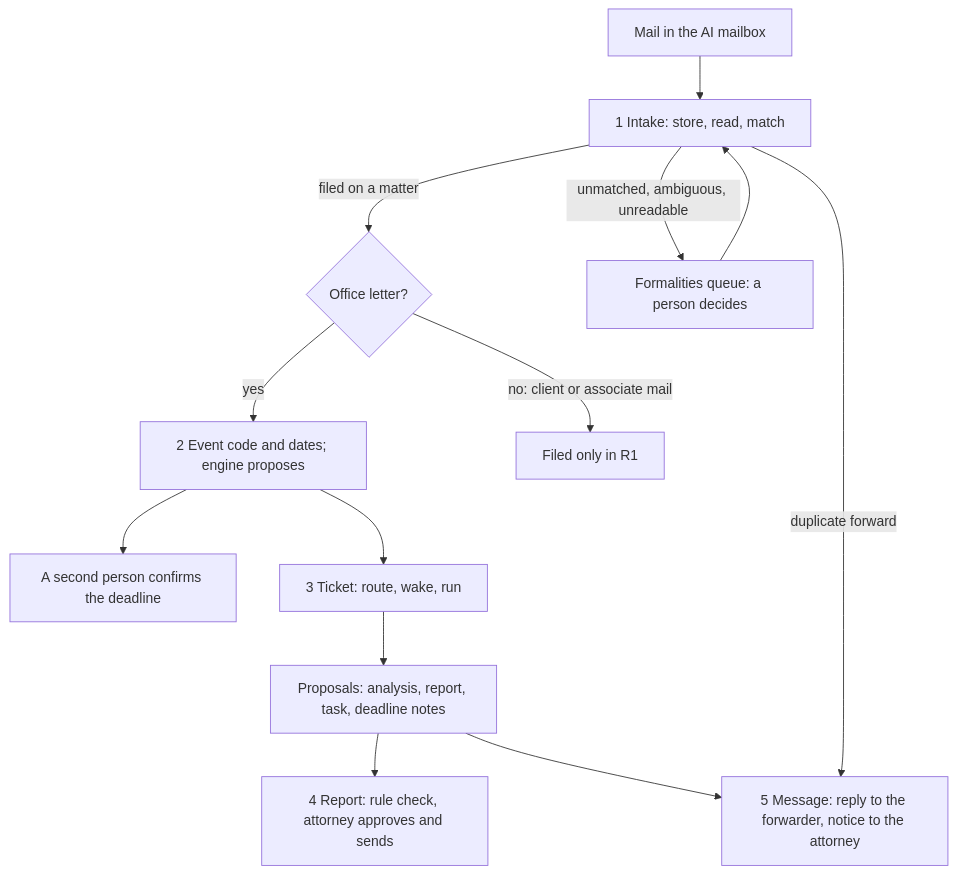
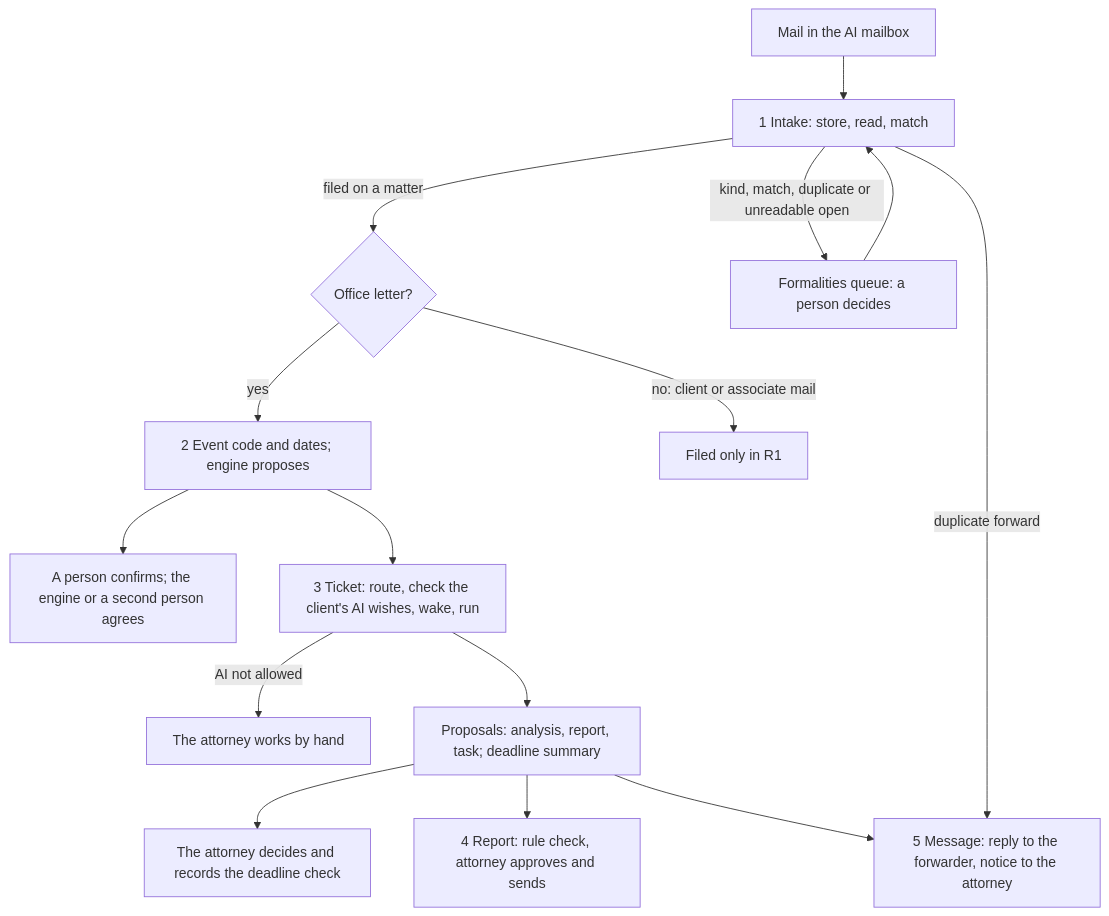
One commit to flowleap-ai/flowleap-harness changed the first of 2 diagrams in flowleap/docs/process-atlas/README.md. Above: the diagram before and after it, drawn with Mermaid. The commit also changed other lines of this file and 1 other file, not shown here.

First line of the commit message:
docs(flowleap): atlas sheet 2 and README, guarded deadline paths and the F1 decision for the founder

````diff
--- a/flowleap/docs/process-atlas/README.md
+++ b/flowleap/docs/process-atlas/README.md
@@ -32,15 +34,17 @@
 ```mermaid
 flowchart TD
   M[Mail in the AI mailbox] --> S1[1 Intake: store, read, match]
   S1 -->|filed on a matter| K{Office letter?}
-  S1 -->|unmatched, ambiguous, unreadable| Q[Formalities queue: a person decides]
+  S1 -->|kind, match, duplicate or unreadable open| Q[Formalities queue: a person decides]
   Q --> S1
   K -->|yes| S2[2 Event code and dates; engine proposes]
   K -->|no: client or associate mail| F[Filed only in R1]
-  S2 --> C[A second person confirms the deadline]
-  S2 --> S3[3 Ticket: route, wake, run]
-  S3 --> P[Proposals: analysis, report, task, deadline notes]
+  S2 --> C[A person confirms; the engine or a second person agrees]
+  S2 --> S3[3 Ticket: route, check the client's AI wishes, wake, run]
+  S3 -->|AI not allowed| H[The attorney works by hand]
+  S3 --> P[Proposals: analysis, report, task; deadline summary]
+  P --> D[The attorney decides and records the deadline check]
   P --> S4[4 Report: rule check, attorney approves and sends]
   P --> S5[5 Message: reply to the forwarder, notice to the attorney]
   S1 -->|duplicate forward| S5
 ```
````
